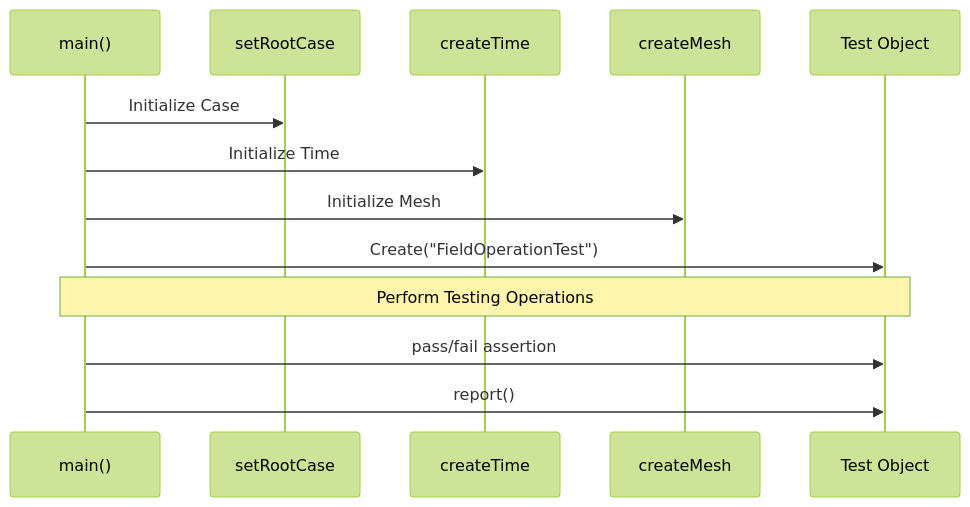
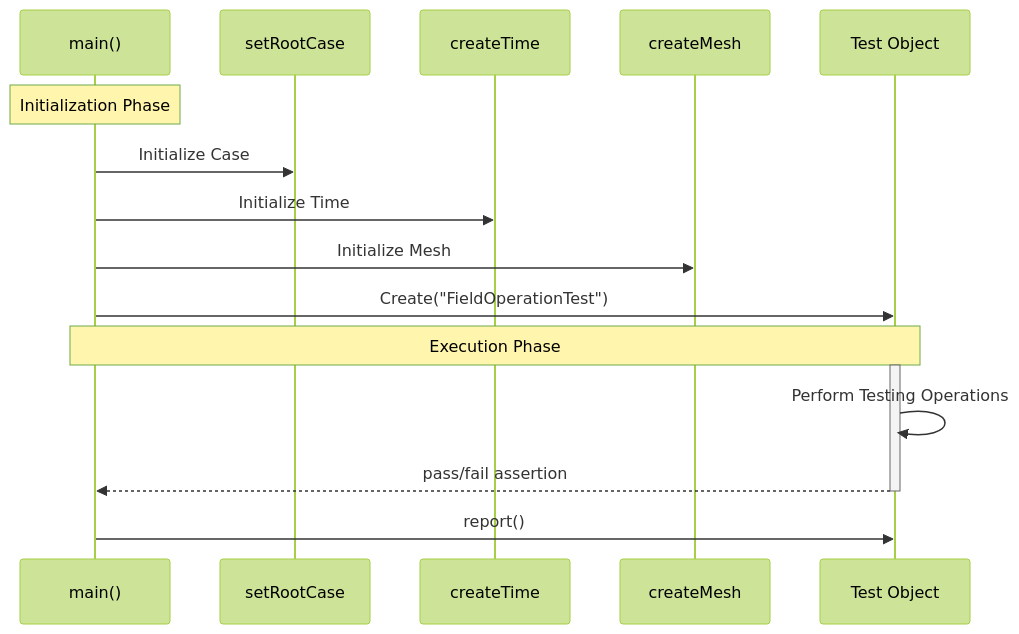
Before and after one commit to wramet/build-my-cfd: the third of 3 diagrams in MODULE_08_TESTING_VALIDATION/CONTENT/01_VERIFICATION_FUNDAMENTALS/01_Introduction.md, drawn with Mermaid (forest theme). The commit also changed other lines of this file and 313 other files, not shown here.

Commit message:
Revise all diagram

````diff
--- a/MODULE_08_TESTING_VALIDATION/CONTENT/01_VERIFICATION_FUNDAMENTALS/01_Introduction.md
+++ b/MODULE_08_TESTING_VALIDATION/CONTENT/01_VERIFICATION_FUNDAMENTALS/01_Introduction.md
@@ -132,16 +133,19 @@
 ```mermaid
 sequenceDiagram
-    participant Main as main()
-    participant Case as setRootCase
-    participant Time as createTime
-    participant Mesh as createMesh
-    participant Test as Test Object
-
-    Main->>Case: Initialize Case
-    Main->>Time: Initialize Time
-    Main->>Mesh: Initialize Mesh
-    Main->>Test: Create("FieldOperationTest")
-    Note over Main, Test: Perform Testing Operations
-    Main->>Test: pass/fail assertion
-    Main->>Test: report()
+participant Main as main()
+participant Case as setRootCase
+participant Time as createTime
+participant Mesh as createMesh
+participant Test as Test Object
+Note over Main: Initialization Phase
+Main->>Case: Initialize Case
+Main->>Time: Initialize Time
+Main->>Mesh: Initialize Mesh
+Main->>Test: Create("FieldOperationTest")
+Note over Main, Test: Execution Phase
+activate Test
+Test->>Test: Perform Testing Operations
+Test-->>Main: pass/fail assertion
+deactivate Test
+Main->>Test: report()
 ```
````
